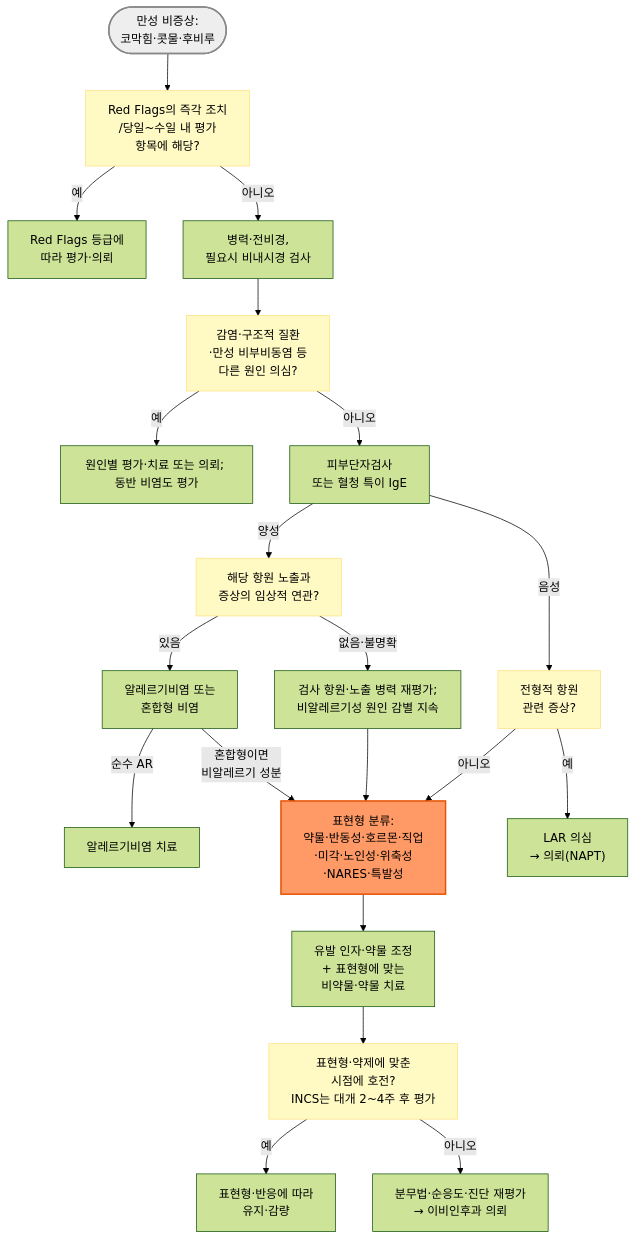
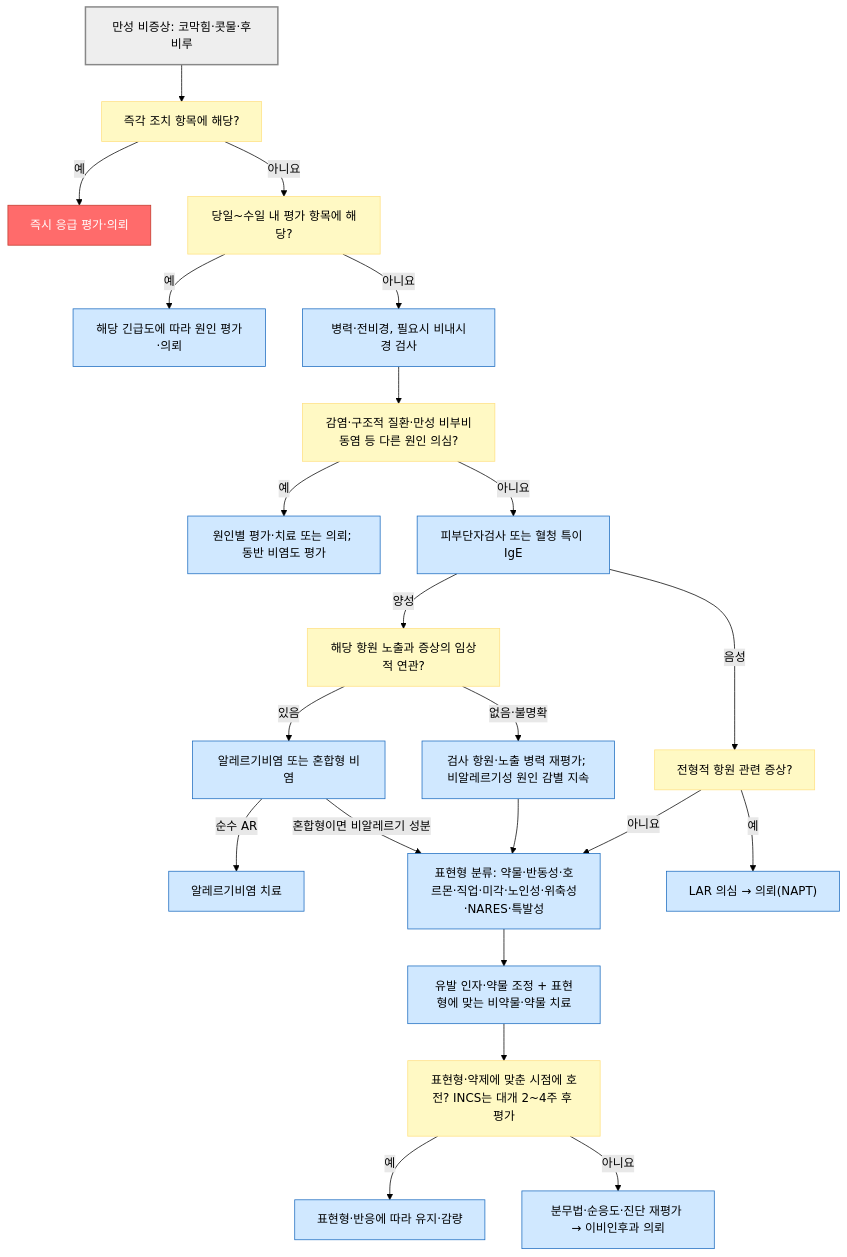
The diagram in 222_/052_-non-allergic-rhinitis.md (familyoh77/familyoh77), drawn with Mermaid (forest theme) before and after one commit. The commit also changed other lines of this file and 13 other files, not shown here.

````diff
--- a/222_/052_-non-allergic-rhinitis.md
+++ b/222_/052_-non-allergic-rhinitis.md
@@ -246,26 +246,32 @@
 ```mermaid
-graph TD
-    Start(["만성 비증상: <br/>코막힘·콧물·후비루"]) --> RF["Red Flags의 즉각 조치<br/>/당일~수일 내 평가 <br/>항목에 해당?"]
-    RF -->|예| Urgent["Red Flags 등급에 <br/>따라 평가·의뢰"]
-    RF -->|아니오| Exam["병력·전비경, <br/>필요시 비내시경 검사"]
-    Exam --> Other["감염·구조적 질환<br/>·만성 비부비동염 등 <br/>다른 원인 의심?"]
-    Other -->|예| OtherTx["원인별 평가·치료 또는 의뢰; 동반 비염도 평가"]
-    Other -->|아니오| Allergy["피부단자검사 <br/>또는 혈청 특이 IgE"]
-    Allergy -->|양성| Relevant["해당 항원 노출과 <br/>증상의 임상적 연관?"]
-    Relevant -->|있음| AR["알레르기비염 또는 <br/>혼합형 비염"]
-    AR -->|순수 AR| ARTx["알레르기비염 치료"]
-    AR -->|혼합형이면 <br/>비알레르기 성분| Pheno
-    Relevant -->|없음·불명확| Recheck["검사 항원·노출 병력 재평가; <br/>비알레르기성 원인 감별 지속"]
-    Recheck --> Pheno["표현형 분류: <br/>약물·반동성·호르몬·직업<br/>·미각·노인성·위축성<br/>·NARES·특발성"]
-    Allergy -->|음성| LARq["전형적 항원 <br/>관련 증상?"]
-    LARq -->|예| LAR["LAR 의심 <br/>→ 의뢰(NAPT)"]
-    LARq -->|아니오| Pheno
-    Pheno --> Tx["유발 인자·약물 조정 <br/>+ 표현형에 맞는 <br/>비약물·약물 치료"]
-    Tx --> Resp["표현형·약제에 맞춘 <br/>시점에 호전?<br/>INCS는 대개 2~4주 후 평가"]
-    Resp -->|예| FU["표현형·반응에 따라 <br/>유지·감량"]
-    Resp -->|아니오| Ref["분무법·순응도·진단 재평가 <br/>→ 이비인후과 의뢰"]
-    style Start fill:#eeeeee,stroke:#888888,stroke-width:2px
-    classDef y fill:#fff9c4,stroke:#ffe082
-    class RF,Other,Relevant,LARq,Resp y
-    style Pheno fill:#f96,stroke:#e65100,stroke-width:2px
+flowchart TD
+    Start["만성 비증상: 코막힘·콧물·후비루"] --> RF["즉각 조치 항목에 해당?"]
+    RF -- "예" --> Emergency["즉시 응급 평가·의뢰"]
+    RF -- "아니요" --> EarlyQ["당일~수일 내 평가 항목에 해당?"]
+    EarlyQ -- "예" --> Urgent["해당 긴급도에 따라 원인 평가·의뢰"]
+    EarlyQ -- "아니요" --> Exam["병력·전비경, 필요시 비내시경 검사"]
+    Exam --> Other["감염·구조적 질환·만성 비부비동염 등 다른 원인 의심?"]
+    Other -- "예" --> OtherTx["원인별 평가·치료 또는 의뢰; 동반 비염도 평가"]
+    Other -- "아니요" --> Allergy["피부단자검사 또는 혈청 특이 IgE"]
+    Allergy -- "양성" --> Relevant["해당 항원 노출과 증상의 임상적 연관?"]
+    Relevant -- "있음" --> AR["알레르기비염 또는 혼합형 비염"]
+    AR -- "순수 AR" --> ARTx["알레르기비염 치료"]
+    AR -- "혼합형이면 비알레르기 성분" --> Pheno
+    Relevant -- "없음·불명확" --> Recheck["검사 항원·노출 병력 재평가; 비알레르기성 원인 감별 지속"]
+    Recheck --> Pheno["표현형 분류: 약물·반동성·호르몬·직업·미각·노인성·위축성·NARES·특발성"]
+    Allergy -- "음성" --> LARq["전형적 항원 관련 증상?"]
+    LARq -- "예" --> LAR["LAR 의심 → 의뢰(NAPT)"]
+    LARq -- "아니요" --> Pheno
+    Pheno --> Tx["유발 인자·약물 조정 + 표현형에 맞는 비약물·약물 치료"]
+    Tx --> Resp["표현형·약제에 맞춘 시점에 호전? INCS는 대개 2~4주 후 평가"]
+    Resp -- "예" --> FU["표현형·반응에 따라 유지·감량"]
+    Resp -- "아니요" --> Ref["분무법·순응도·진단 재평가 → 이비인후과 의뢰"]
+    classDef start fill:#eeeeee,stroke:#888888,stroke-width:2px
+    classDef question fill:#fff9c4,stroke:#ffe082
+    classDef emergency fill:#ff6b6b,stroke:#c0392b,color:#ffffff
+    classDef action fill:#d0e8ff,stroke:#1a6abf
+    class Start start
+    class RF,EarlyQ,Other,Relevant,LARq,Resp question
+    class Emergency emergency
+    class Urgent,Exam,OtherTx,Allergy,AR,ARTx,Recheck,Pheno,LAR,Tx,FU,Ref action
 ```
````
